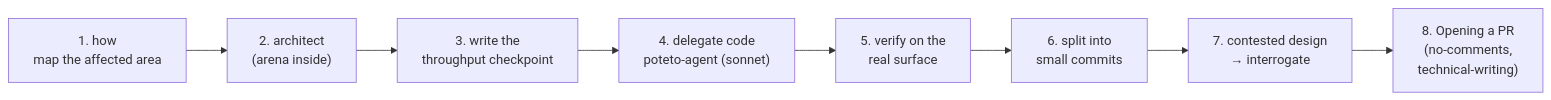
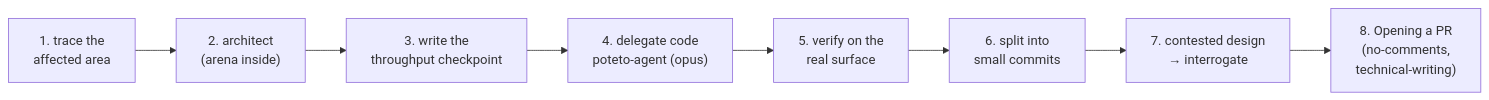
One commit to souljazzfunk/lab changed diagram 11 of 12 in pstack-cc/docs/skill-map.en.md. Above: the diagram before and after it, drawn with Mermaid. The commit also changed other lines of this file and 116 other files, not shown here.

````diff
--- a/pstack-cc/docs/skill-map.en.md
+++ b/pstack-cc/docs/skill-map.en.md
@@ -203,10 +195,10 @@
 ```mermaid
 flowchart LR
-  S1["1. how<br/>map the affected area"] --> S2["2. architect<br/>(arena inside)"]
+  S1["1. trace the<br/>affected area"] --> S2["2. architect<br/>(arena inside)"]
   S2 --> S3["3. write the<br/>throughput checkpoint"]
-  S3 --> S4["4. delegate code<br/>poteto-agent (sonnet)"]
+  S3 --> S4["4. delegate code<br/>poteto-agent (opus)"]
   S4 --> S5["5. verify on the<br/>real surface"]
   S5 --> S6["6. split into<br/>small commits"]
   S6 --> S7["7. contested design<br/>→ interrogate"]
   S7 --> S8["8. Opening a PR<br/>(no-comments,<br/>technical-writing)"]
 ```
````
